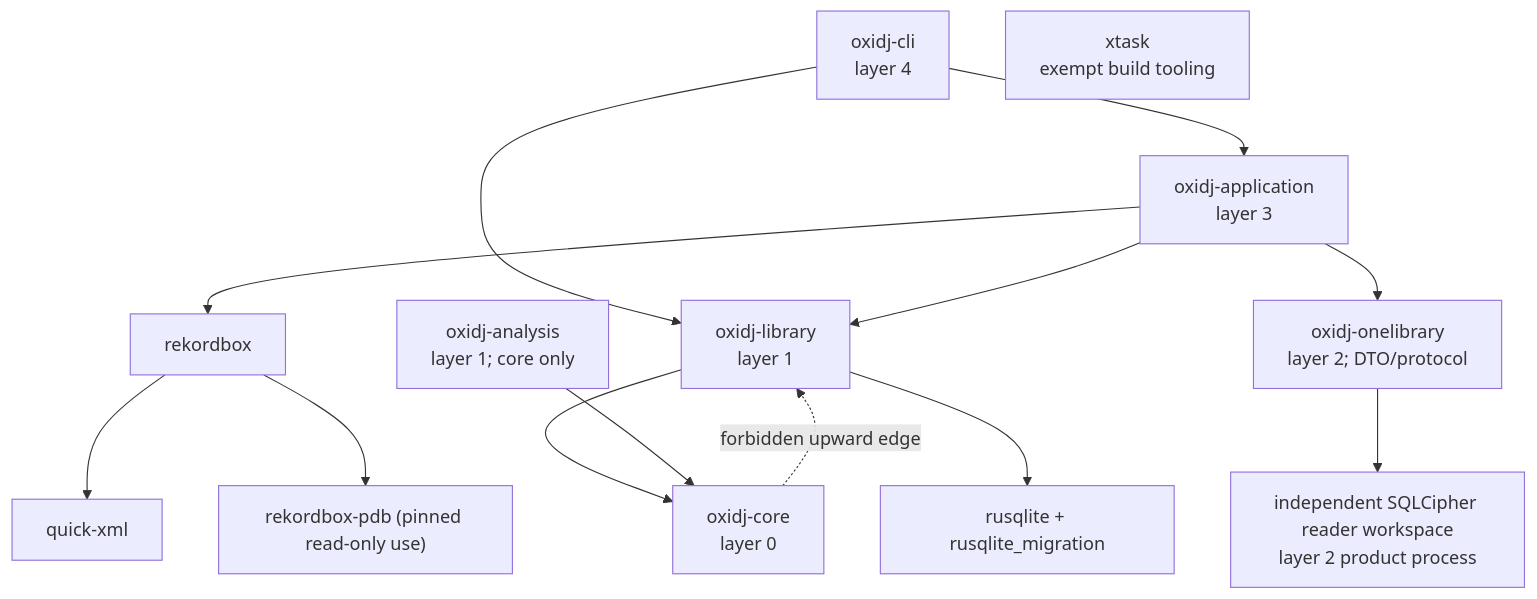
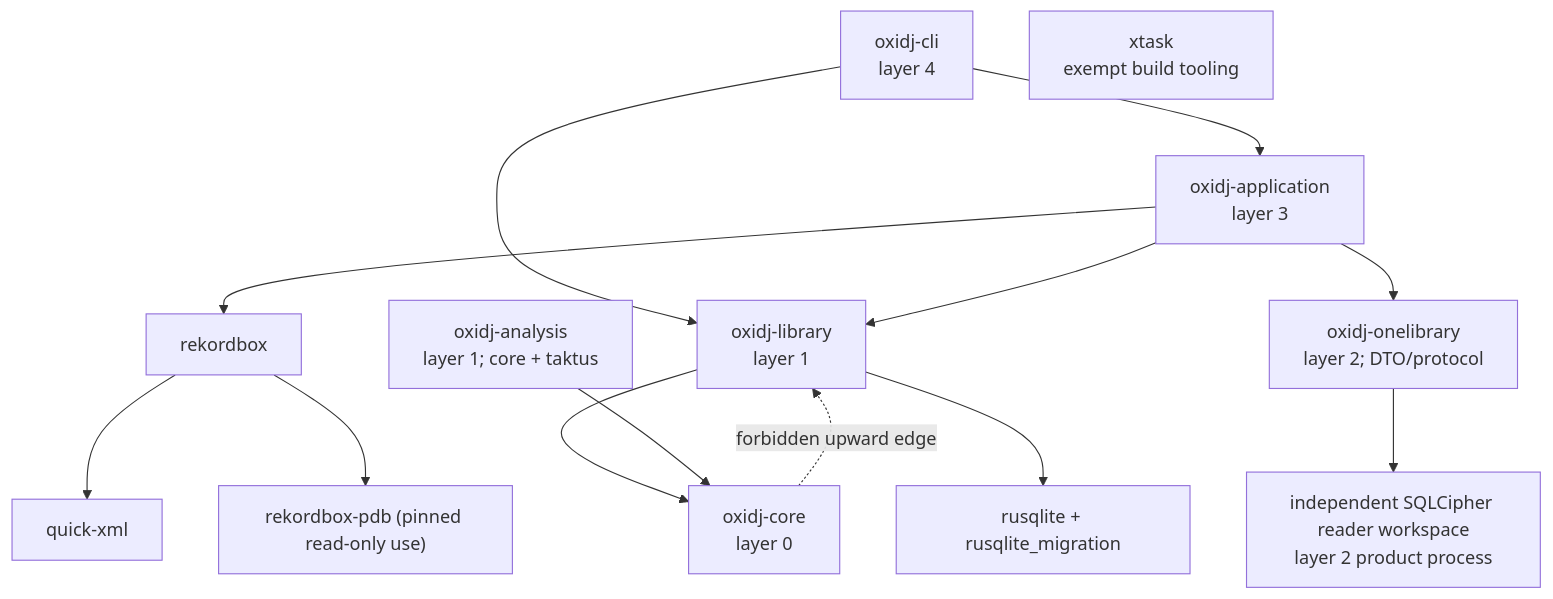
Before and after one commit to Senci/oxidj: the diagram in docs/layers-policy.md, drawn with Mermaid. The commit also changed other lines of this file and 12 other files, not shown here.

````diff
--- a/docs/layers-policy.md
+++ b/docs/layers-policy.md
@@ -38,16 +38,16 @@
 ```mermaid
 flowchart TB
     cli["oxidj-cli<br/>layer 4"] --> app["oxidj-application<br/>layer 3"]
     cli --> library["oxidj-library<br/>layer 1"]
     app --> rekordbox
     app --> library
     app --> onelibrary["oxidj-onelibrary<br/>layer 2; DTO/protocol"]
     onelibrary --> reader["independent SQLCipher reader workspace<br/>layer 2 product process"]
     rekordbox --> xml["quick-xml"]
     rekordbox --> pdb["rekordbox-pdb (pinned read-only use)"]
     library --> core["oxidj-core<br/>layer 0"]
-    analysis["oxidj-analysis<br/>layer 1; core only"] --> core
+    analysis["oxidj-analysis<br/>layer 1; core + taktus"] --> core
     library --> sqlite["rusqlite + rusqlite_migration"]
     core -. "forbidden upward edge" .-> library
     xtask["xtask<br/>exempt build tooling"]
 ```
````
